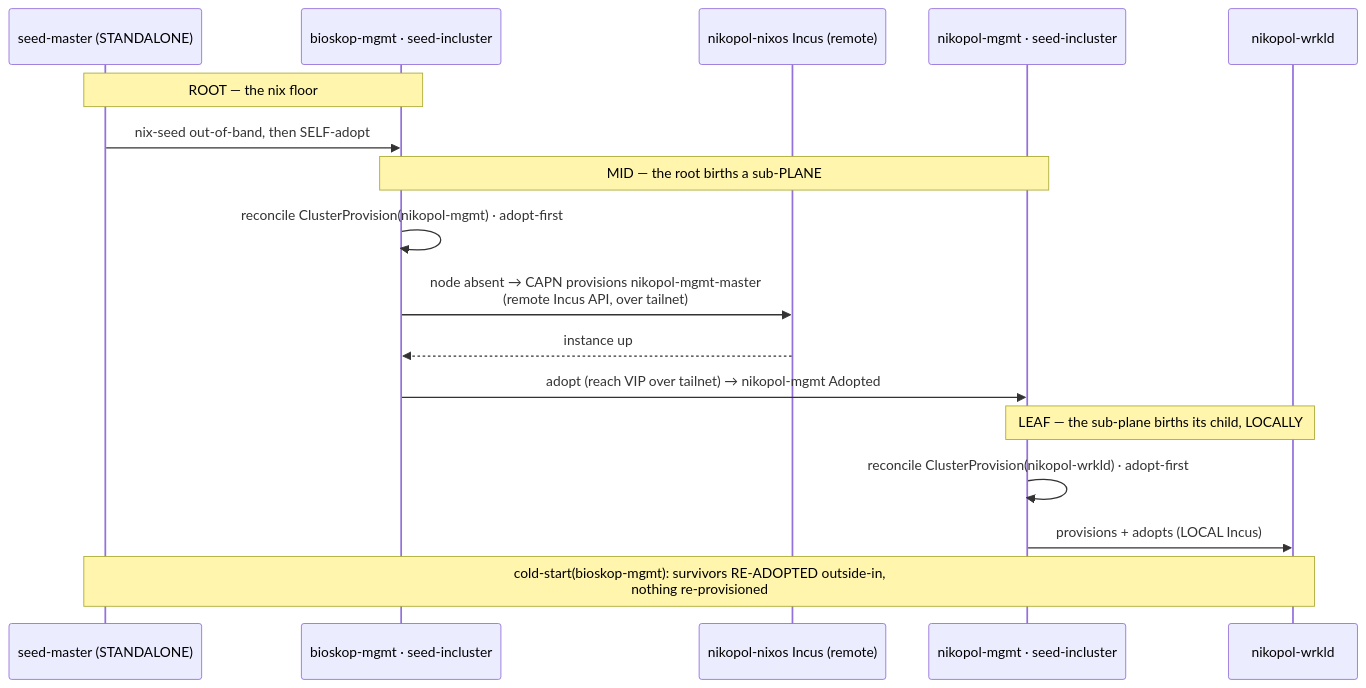
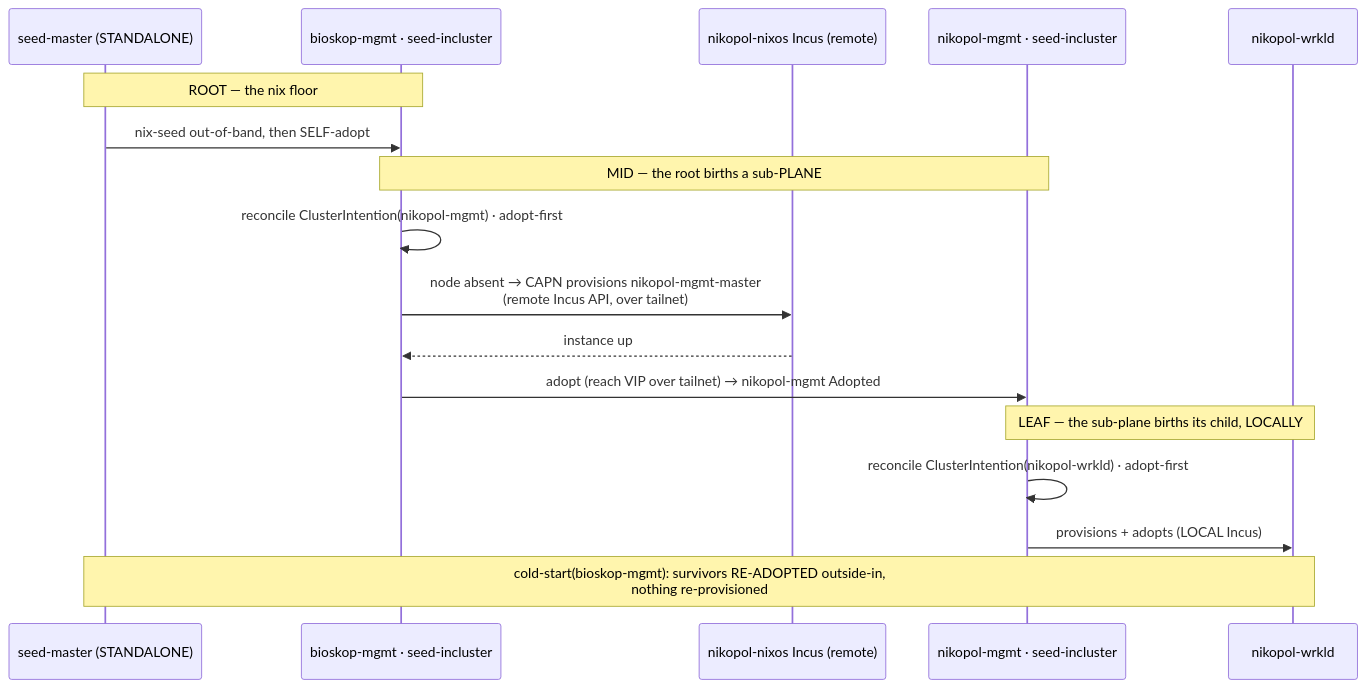
Before and after one commit to seedmatic/rke2lab: the fifth of 8 diagrams in docs/architecture/cluster-api/cluster-seeding-controller.adoc, drawn with Mermaid. The commit also changed other lines of this file and 2 other files, not shown here.

First line of the commit message:
docs(cluster-api): reconcile the seeding docs with the shipped 2×2

```diff
--- a/docs/architecture/cluster-api/cluster-seeding-controller.adoc
+++ b/docs/architecture/cluster-api/cluster-seeding-controller.adoc
@@ -397,20 +624,20 @@
 [mermaid,cluster-seeding-federation-sequence,svg]
 ----
 sequenceDiagram
   participant SM as seed-master (STANDALONE)
   participant B as bioskop-mgmt · seed-incluster
   participant RX as nikopol-nixos Incus (remote)
   participant N as nikopol-mgmt · seed-incluster
   participant NW as nikopol-wrkld
   Note over SM,B: ROOT — the nix floor
   SM->>B: nix-seed out-of-band, then SELF-adopt
   Note over B,N: MID — the root births a sub-PLANE
-  B->>B: reconcile ClusterProvision(nikopol-mgmt) · adopt-first
+  B->>B: reconcile ClusterIntention(nikopol-mgmt) · adopt-first
   B->>RX: node absent → CAPN provisions nikopol-mgmt-master<br/>(remote Incus API, over tailnet)
   RX-->>B: instance up
   B->>N: adopt (reach VIP over tailnet) → nikopol-mgmt Adopted
   Note over N,NW: LEAF — the sub-plane births its child, LOCALLY
-  N->>N: reconcile ClusterProvision(nikopol-wrkld) · adopt-first
+  N->>N: reconcile ClusterIntention(nikopol-wrkld) · adopt-first
   N->>NW: provisions + adopts (LOCAL Incus)
   Note over SM,NW: cold-start(bioskop-mgmt): survivors RE-ADOPTED outside-in,<br/>nothing re-provisioned
 ----
```
